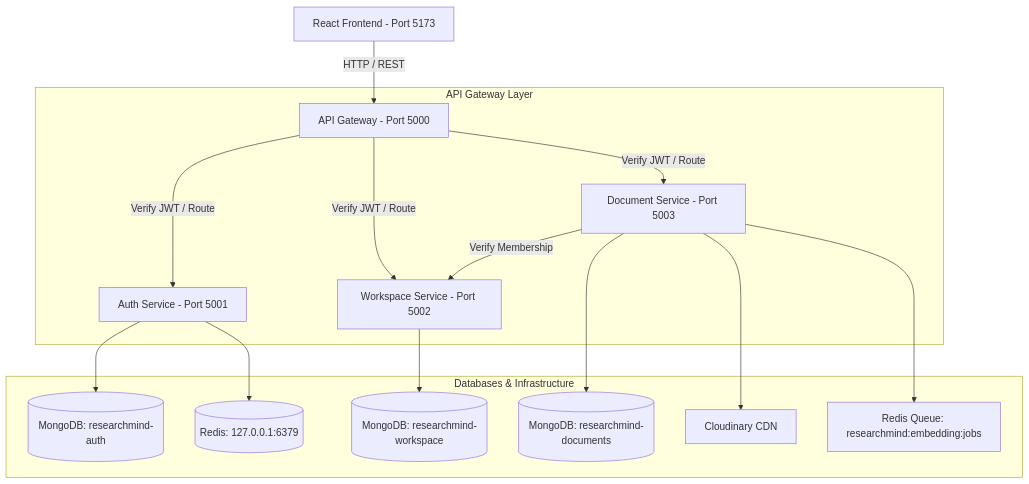
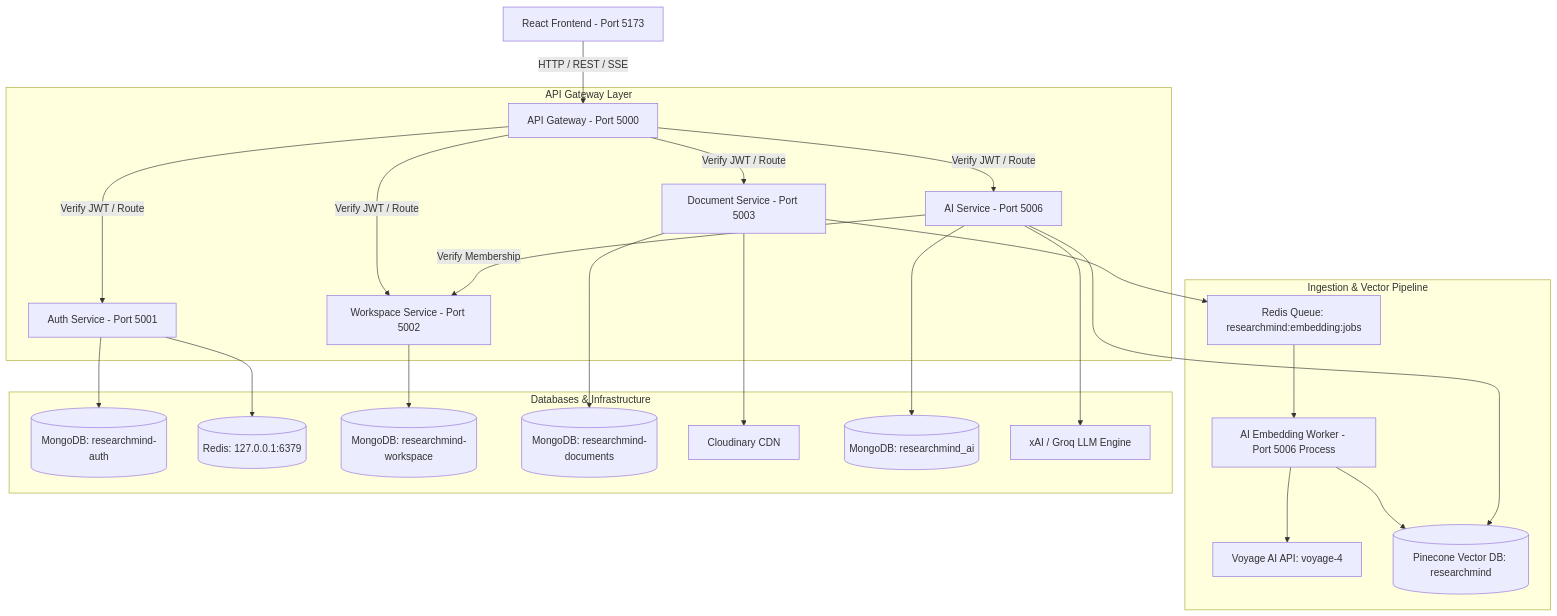
Before and after one commit to Nandha1306/ResearchMind: the diagram in docs/architecture/system-architecture.md, drawn with Mermaid. The commit also changed other lines of this file and 22 other files, not shown here.

Commit message:
feat(ai-service): complete Phase 3 RAG streaming pipeline, Groq LLM integration, SSE protocol & comprehensive docs

````diff
--- a/docs/architecture/system-architecture.md
+++ b/docs/architecture/system-architecture.md
@@ -11,20 +11,30 @@
 ```mermaid
 graph TD
-    Client[React Frontend - Port 5173] -->|HTTP / REST| Gateway[API Gateway - Port 5000]
+    Client[React Frontend - Port 5173] -->|HTTP / REST / SSE| Gateway[API Gateway - Port 5000]
 
     subgraph API Gateway Layer
         Gateway -->|Verify JWT / Route| AuthSvc[Auth Service - Port 5001]
         Gateway -->|Verify JWT / Route| WsSvc[Workspace Service - Port 5002]
         Gateway -->|Verify JWT / Route| DocSvc[Document Service - Port 5003]
+        Gateway -->|Verify JWT / Route| AISvc[AI Service - Port 5006]
+    end
+
+    subgraph Ingestion & Vector Pipeline
+        DocSvc --> RedisQueue[Redis Queue: researchmind:embedding:jobs]
+        RedisQueue --> AIWorker[AI Embedding Worker - Port 5006 Process]
+        AIWorker --> VoyageAI[Voyage AI API: voyage-4]
+        AIWorker --> Pinecone[(Pinecone Vector DB: researchmind)]
     end
 
     subgraph Databases & Infrastructure
         AuthSvc --> MongoAuth[(MongoDB: researchmind-auth)]
         AuthSvc --> Redis[(Redis: 127.0.0.1:6379)]
         WsSvc --> MongoWs[(MongoDB: researchmind-workspace)]
         DocSvc --> MongoDoc[(MongoDB: researchmind-documents)]
         DocSvc --> Cloudinary[Cloudinary CDN]
-        DocSvc --> RedisQueue[Redis Queue: researchmind:embedding:jobs]
-        DocSvc -->|Verify Membership| WsSvc
+        AISvc --> MongoAI[(MongoDB: researchmind_ai)]
+        AISvc -->|Verify Membership| WsSvc
+        AISvc --> Pinecone
+        AISvc --> Groq[xAI / Groq LLM Engine]
     end
 ```
````
